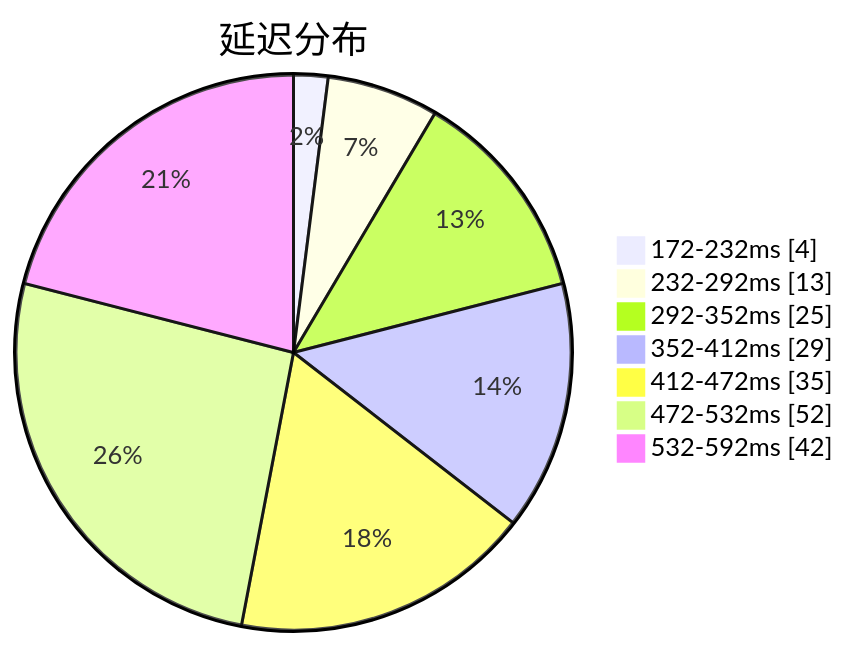
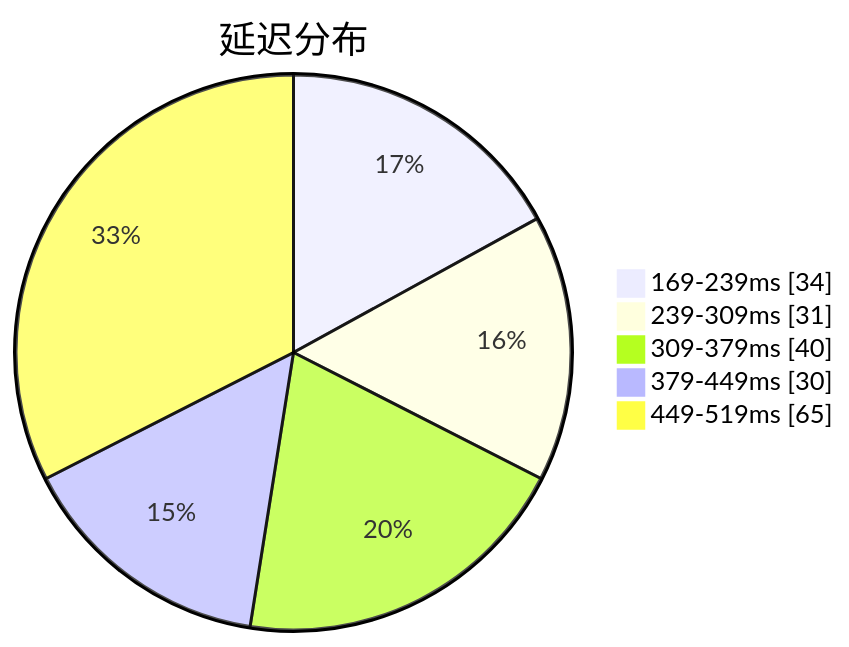
One commit to qjlxg/airport changed the first of 3 diagrams in subs/statistics/tested_within.md. Above: the diagram before and after it, drawn with Mermaid. The commit also changed other lines of this file and 2 other files, not shown here.

````diff
--- a/subs/statistics/tested_within.md
+++ b/subs/statistics/tested_within.md
@@ -2,11 +2,9 @@
 ```mermaid
 pie showData
 title 延迟分布
-"172-232ms" : 4
-"232-292ms" : 13
-"292-352ms" : 25
-"352-412ms" : 29
-"412-472ms" : 35
-"472-532ms" : 52
-"532-592ms" : 42
+"169-239ms" : 34
+"239-309ms" : 31
+"309-379ms" : 40
+"379-449ms" : 30
+"449-519ms" : 65
 ```
````
